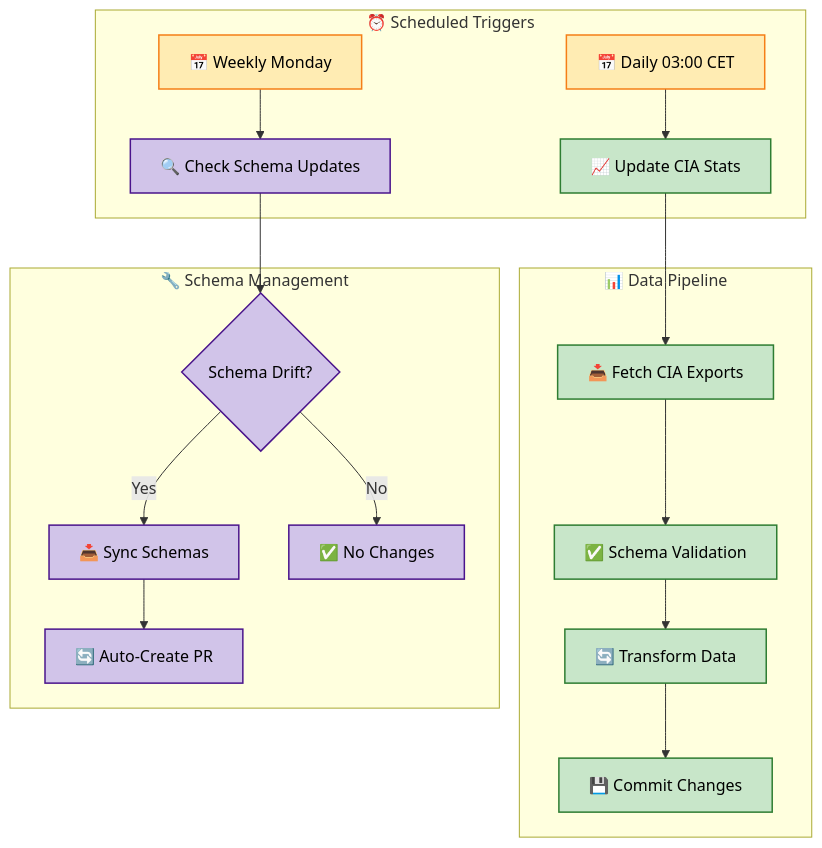
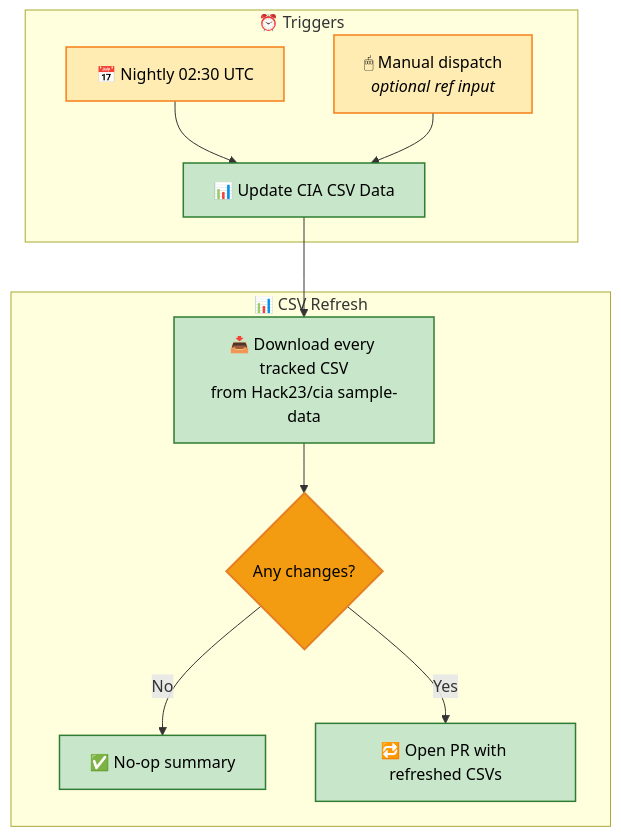
Before and after one commit to Hack23/riksdagsmonitor: the ninth of 13 diagrams in WORKFLOWS.md, drawn with Mermaid. The commit also changed other lines of this file and 6 other files, not shown here.

First line of the commit message:
refactor(workflows): replace 5 legacy CIA workflows with one nightly CSV refresh + update WORKFLOWS.md

````diff
--- a/WORKFLOWS.md
+++ b/WORKFLOWS.md
@@ -670,30 +661,22 @@
 ```mermaid
 flowchart TD
-    subgraph "⏰ Scheduled Triggers"
-        Daily[📅 Daily 03:00 CET] --> Stats[📈 Update CIA Stats]
-        Weekly[📅 Weekly Monday] --> SchemaCheck[🔍 Check Schema Updates]
+    subgraph "⏰ Triggers"
+        Nightly[📅 Nightly 02:30 UTC] --> Refresh[📊 Update CIA CSV Data]
+        Manual[🖱 Manual dispatch<br/><i>optional ref input</i>] --> Refresh
     end
 
-    subgraph "📊 Data Pipeline"
-        Stats --> FetchData[📥 Fetch CIA Exports]
-        FetchData --> Validate[✅ Schema Validation]
-        Validate --> Transform[🔄 Transform Data]
-        Transform --> Commit[💾 Commit Changes]
-    end
-
-    subgraph "🔧 Schema Management"
-        SchemaCheck --> Drift{Schema Drift?}
-        Drift -->|Yes| SyncSchemas[📥 Sync Schemas]
-        Drift -->|No| NoAction[✅ No Changes]
-        SyncSchemas --> AutoPR[🔄 Auto-Create PR]
+    subgraph "📊 CSV Refresh"
+        Refresh --> Download[📥 Download every tracked CSV<br/>from Hack23/cia sample-data]
+        Download --> Diff{Any changes?}
+        Diff -->|No| NoOp[✅ No-op summary]
+        Diff -->|Yes| AutoPR[🔁 Open PR with refreshed CSVs]
     end
 
     classDef schedule fill:#ffecb3,stroke:#f57f17,stroke-width:1.5px,color:black
     classDef pipeline fill:#c8e6c9,stroke:#2e7d32,stroke-width:1.5px,color:black
-    classDef schema fill:#d1c4e9,stroke:#4a148c,stroke-width:1.5px,color:black
     classDef decision fill:#f39c12,stroke:#e67e22,stroke-width:2px,color:black
 
-    class Daily,Weekly schedule
-    class Stats,FetchData,Validate,Transform,Commit pipeline
-    class SchemaCheck,Drift,SyncSchemas,NoAction,AutoPR schema
+    class Nightly,Manual schedule
+    class Refresh,Download,AutoPR,NoOp pipeline
+    class Diff decision
 ```
````
